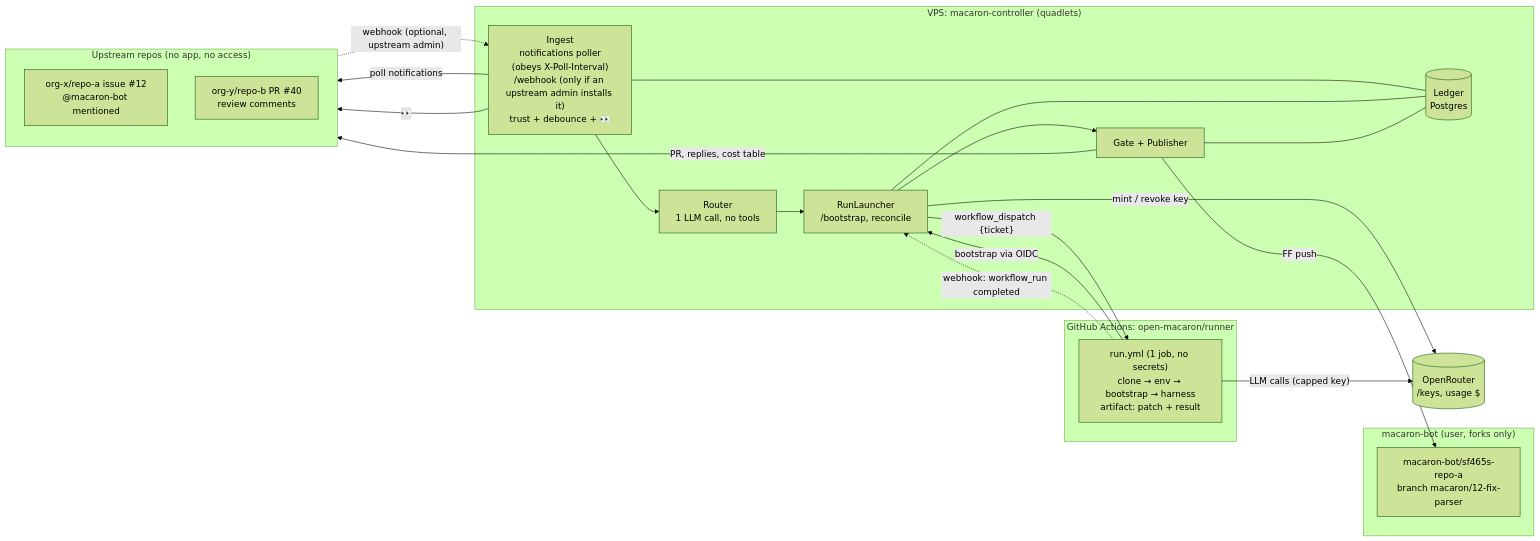
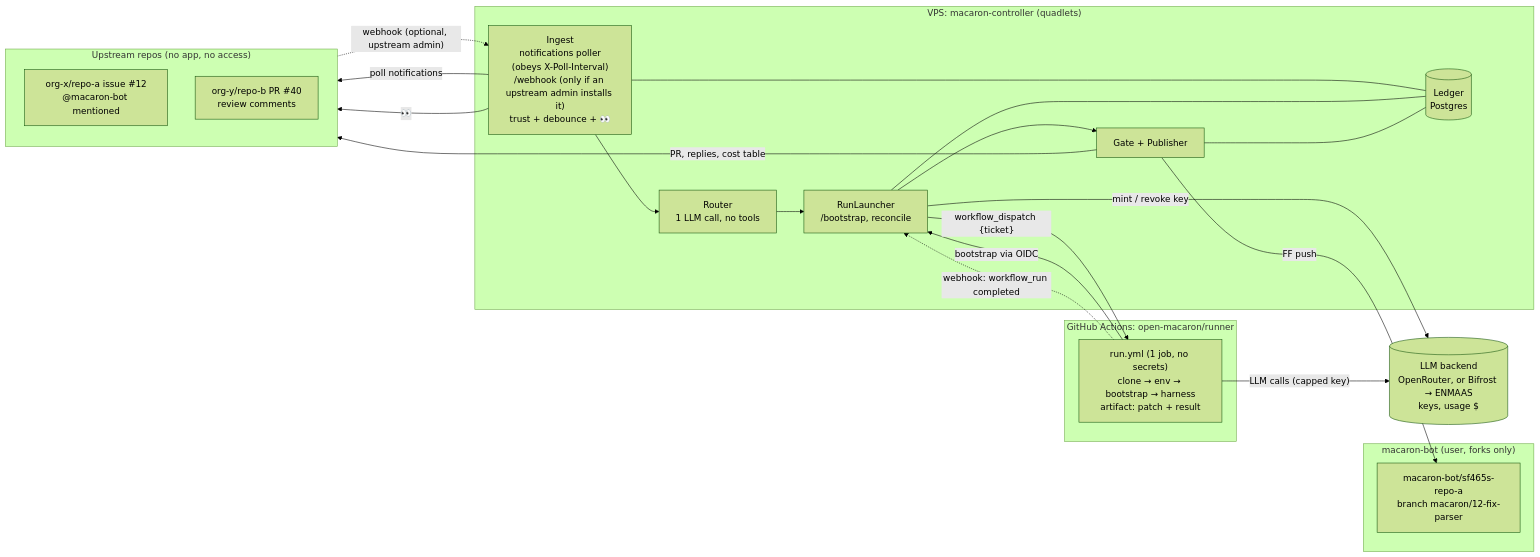
One commit to open-macaron/macaron changed the first of 5 diagrams in docs/DESIGN.md. Above: the diagram before and after it, drawn with Mermaid (forest theme). The commit also changed other lines of this file and 5 other files, not shown here.

First line of the commit message:
docs: two LLM backends (OpenRouter, Bifrost over ENMAAS)

````diff
--- a/docs/DESIGN.md
+++ b/docs/DESIGN.md
@@ -20,35 +20,35 @@
 ```mermaid
 flowchart LR
   subgraph UP["Upstream repos (no app, no access)"]
     ISSUE["org-x/repo-a issue #12<br/>@macaron-bot mentioned"]
     PR["org-y/repo-b PR #40<br/>review comments"]
   end
   subgraph FORK["macaron-bot (user, forks only)"]
     BR["macaron-bot/sf465s-repo-a<br/>branch macaron/12-fix-parser"]
   end
   subgraph VPS["VPS: macaron-controller (quadlets)"]
     ING["Ingest<br/>notifications poller<br/>(obeys X-Poll-Interval)<br/>/webhook (only if an upstream admin installs it)<br/>trust + debounce + 👀"]
     ROU["Router<br/>1 LLM call, no tools"]
     RL["RunLauncher<br/>/bootstrap, reconcile"]
     PUB["Gate + Publisher"]
     DB[("Ledger<br/>Postgres")]
   end
   subgraph GHA["GitHub Actions: open-macaron/runner"]
     RUN["run.yml (1 job, no secrets)<br/>clone → env → bootstrap → harness<br/>artifact: patch + result"]
   end
-  OR[("OpenRouter<br/>/keys, usage $")]
+  OR[("LLM backend<br/>OpenRouter, or Bifrost → ENMAAS<br/>keys, usage $")]
 
   ING -- "poll notifications" --> UP
   UP -. "webhook (optional, upstream admin)" .-> ING
   ING -- "👀" --> UP
   ING --> ROU --> RL
   RL -- "mint / revoke key" --> OR
   RL -- "workflow_dispatch {ticket}" --> RUN
   RUN -- "bootstrap via OIDC" --> RL
   RUN -- "LLM calls (capped key)" --> OR
   RUN -. "webhook: workflow_run completed" .-> RL
   RL --> PUB
   PUB -- "FF push" --> BR
   PUB -- "PR, replies, cost table" --> UP
   ING & RL & PUB --- DB
 ```
````
